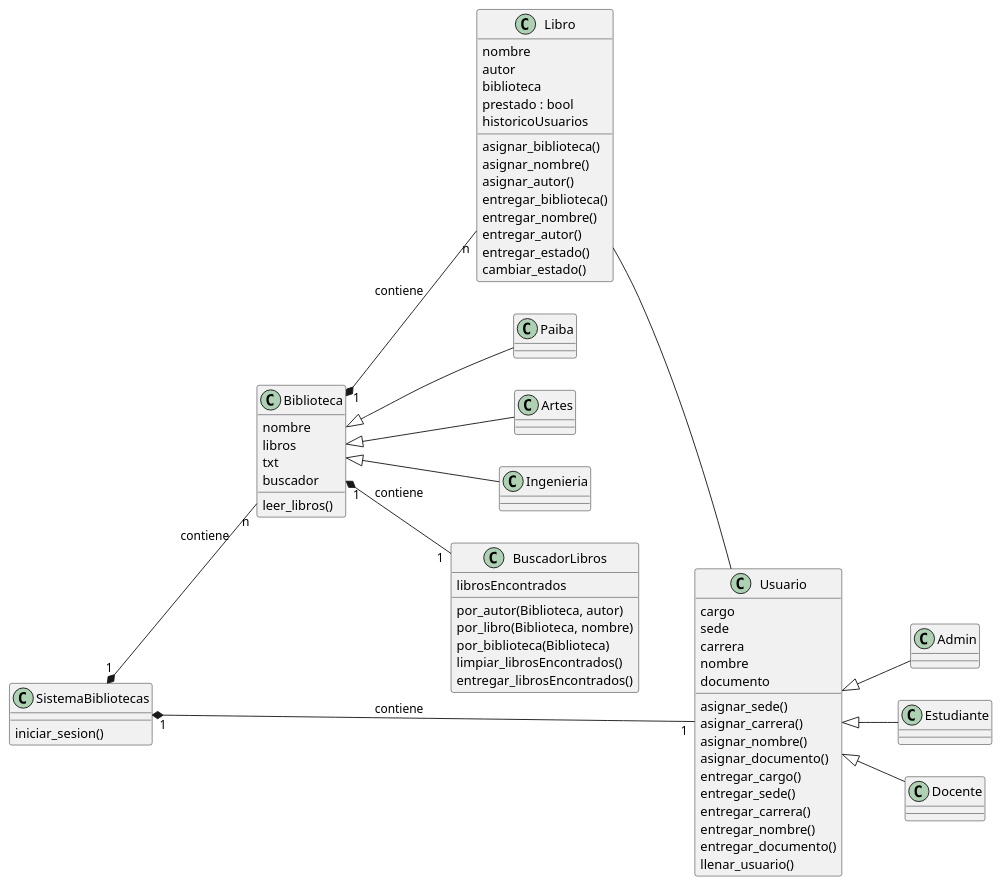
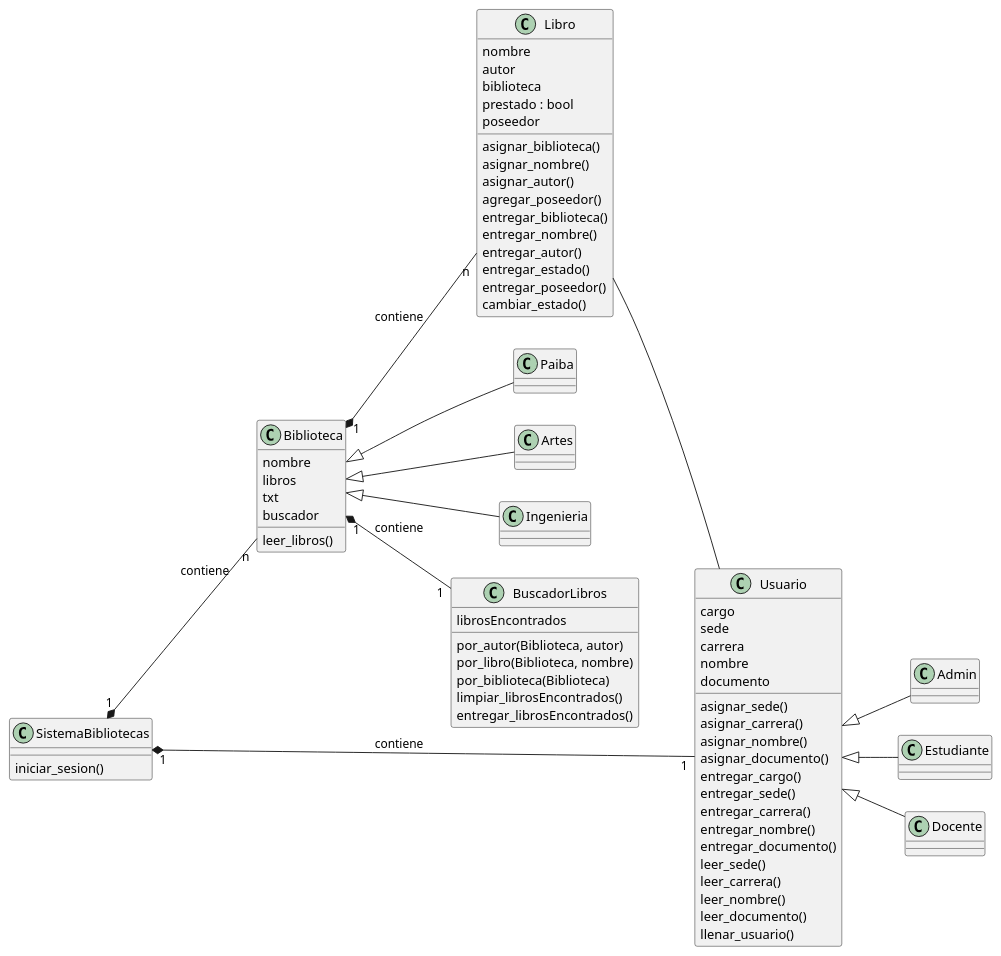
One commit to judlozanol/Biblioteca-UD changed the diagram in diagramas/clases.plantuml. Above: the diagram before and after it, drawn with PlantUML. The commit also changed 3 other files, not shown here.

```diff
--- a/diagramas/clases.plantuml
+++ b/diagramas/clases.plantuml
@@ -1,69 +1,75 @@
 @startuml
 left to right direction
 Biblioteca "1" *-- "n" Libro : contiene
 Biblioteca <|-- Paiba
 Biblioteca <|-- Artes
 Biblioteca <|-- Ingenieria
 Libro -- Usuario
 class Libro{
     nombre
     autor
     biblioteca
     prestado : bool
-    historicoUsuarios
+    poseedor
     asignar_biblioteca()
     asignar_nombre()
     asignar_autor()
+    agregar_poseedor()
     entregar_biblioteca()
     entregar_nombre()
     entregar_autor()
     entregar_estado()
+    entregar_poseedor()
     cambiar_estado()
 }
 
 class Biblioteca{
     nombre
     libros
     txt
     buscador
     leer_libros()
 }
 
 Usuario <|-- Admin
 Usuario <|-- Estudiante
 Usuario <|-- Docente
 class Usuario{
     cargo
     sede
     carrera
     nombre
     documento
     asignar_sede()
     asignar_carrera()
     asignar_nombre()
     asignar_documento()
     entregar_cargo()
     entregar_sede()
     entregar_carrera()
     entregar_nombre()
     entregar_documento()
+    leer_sede()
+    leer_carrera()
+    leer_nombre()
+    leer_documento()
     llenar_usuario()
 }
 
 Biblioteca "1" *-- "1" BuscadorLibros:contiene
 SistemaBibliotecas "1" *-- "1" Usuario:contiene
 SistemaBibliotecas "1" *-- "n" Biblioteca:contiene
 class BuscadorLibros{
     librosEncontrados
     por_autor(Biblioteca, autor)
     por_libro(Biblioteca, nombre)
     por_biblioteca(Biblioteca)
     limpiar_librosEncontrados()
     entregar_librosEncontrados()
 }
 
 class SistemaBibliotecas{
     iniciar_sesion()
     
 }
 @enduml
```
